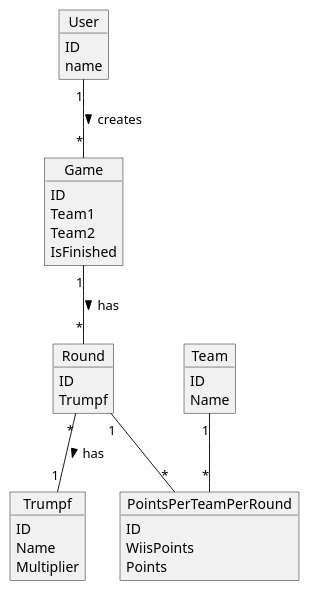
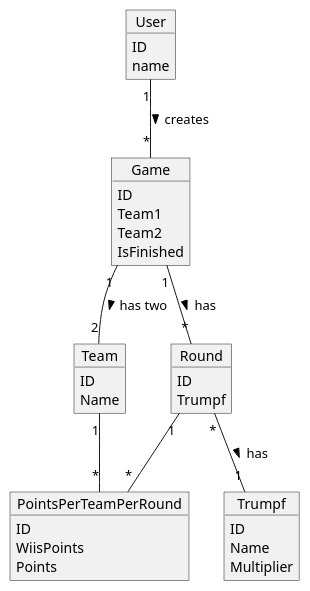
One commit to moschi/VSS_CT changed the diagram in erd.plantuml. Above: the diagram before and after it, drawn with PlantUML.

```diff
--- a/erd.plantuml
+++ b/erd.plantuml
@@ -1,43 +1,44 @@
 @startuml ERD
 
 object User {
     ID
     name
 }
 
 object Game {
     ID
     Team1
     Team2
     IsFinished
 }
 
 object Team {
     ID
     Name
 }
 
 object Round {
     ID
     Trumpf
 }
 
 object PointsPerTeamPerRound {
     ID
     WiisPoints
     Points
 }
 
 object Trumpf {
     ID
     Name
     Multiplier
 }
 
 User "1" -- "*" Game : creates >
 Game "1" -- "*" Round : has >
+Game "1" -- "2" Team : has two >
 Round "*" -- "1" Trumpf : has >
 Round "1" -- "*" PointsPerTeamPerRound
 Team "1" -- "*" PointsPerTeamPerRound
 
 @enduml
```
